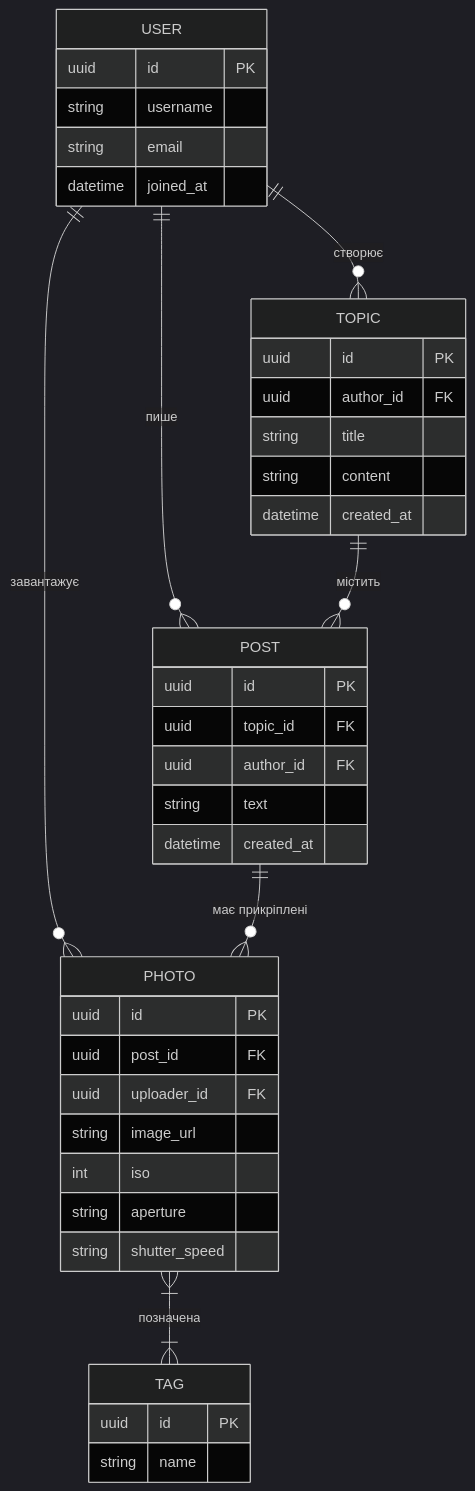
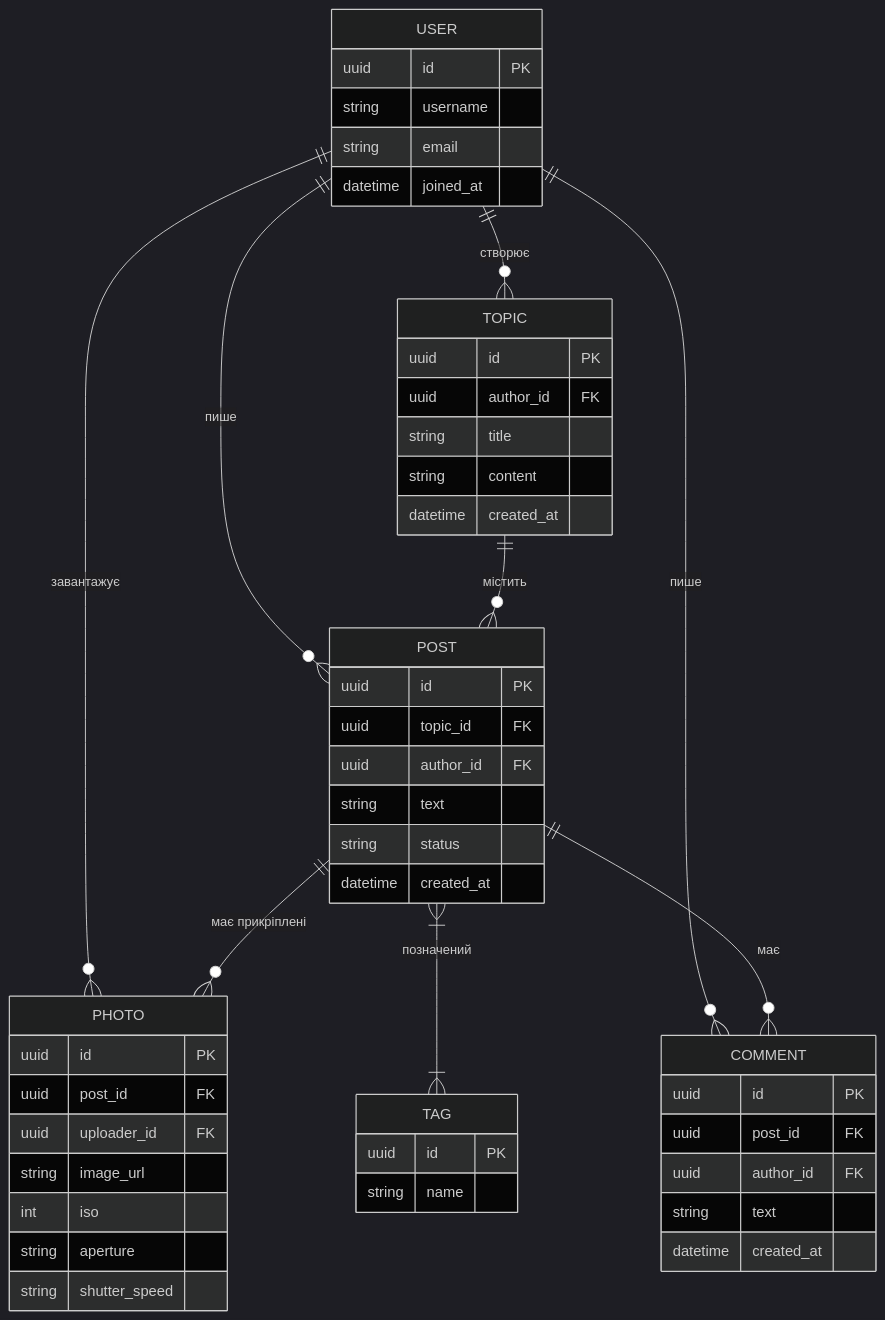
Before and after one commit to Strol20/kpi2_labs: the diagram in diagram/diagram.md, drawn with Mermaid (dark theme). The commit also changed 10 other files, not shown here.

````diff
--- a/diagram/diagram.md
+++ b/diagram/diagram.md
@@ -1,48 +1,59 @@
 ```mermaid
 erDiagram
     USER {
         uuid id PK
         string username
         string email
         datetime joined_at
     }
     
     TOPIC {
         uuid id PK
         uuid author_id FK
         string title
         string content
         datetime created_at
     }
     
     POST {
         uuid id PK
         uuid topic_id FK
         uuid author_id FK
         string text
+        string status
         datetime created_at
     }
     
     PHOTO {
         uuid id PK
         uuid post_id FK
         uuid uploader_id FK
         string image_url
         int iso
         string aperture
         string shutter_speed
     }
     
     TAG {
         uuid id PK
         string name
     }
 
+    COMMENT {
+        uuid id PK
+        uuid post_id FK
+        uuid author_id FK
+        string text
+        datetime created_at
+    }
+
     %% Опис зв'язків
     USER ||--o{ TOPIC : "створює"
     USER ||--o{ POST : "пише"
     USER ||--o{ PHOTO : "завантажує"
+    USER ||--o{ COMMENT : "пише"
     TOPIC ||--o{ POST : "містить"
     POST ||--o{ PHOTO : "має прикріплені"
-    PHOTO }|--|{ TAG : "позначена"
+    POST }|--|{ TAG : "позначений"
+    POST ||--o{ COMMENT : "має"
 ```
````
